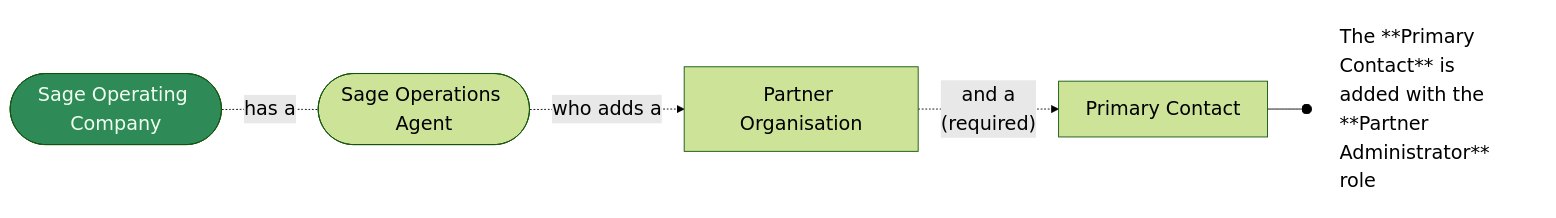
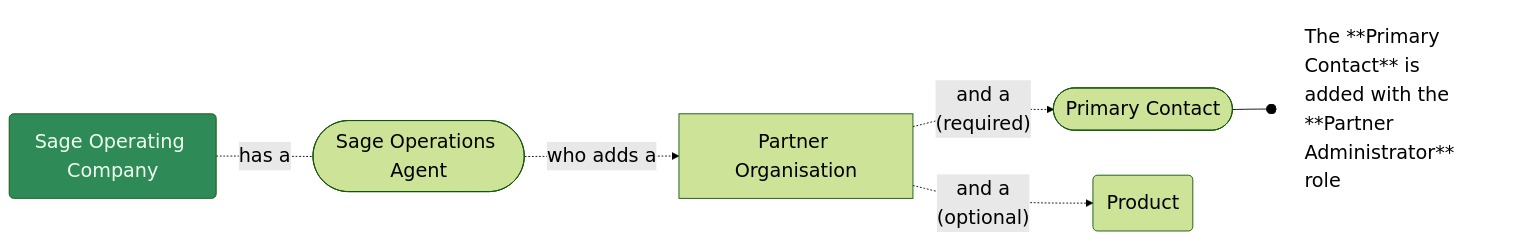
Before and after one commit to joe-dorward/samples: the diagram in 2025_Sage/01_Scenario - Partner organisation.mdx, drawn with Mermaid.

Commit message:
Update 01_Scenario - Partner organisation.mdx

````diff
--- a/2025_Sage/01_Scenario - Partner organisation.mdx
+++ b/2025_Sage/01_Scenario - Partner organisation.mdx
@@ -2,23 +2,26 @@
 ```mermaid
 %%{
   init: {
     'theme': 'forest',
     'themeVariables': {
       'fontSize':'16pt'
     }
   }
 }%%
 flowchart LR
  %%classDef Note fill:pink, stroke:white, text-align:left, font-size:12pt, width:400px, margin:0px, padding:10px;
  classDef Sage fill:seagreen, color:honeydew;
  classDef Note fill:white, stroke:white, text-align:left;
 
-  SAGE_OPERATING_COMPANY_01([Sage Operating Company])-.has a.-
+  SAGE_OPERATING_COMPANY_01(Sage Operating Company)-.has a.-
   SAGE_OPERATIONS_AGENT_01([Sage Operations Agent])-.who adds a.->
   PARTNER_ORGANISATION_01[Partner Organisation]-.and a<br/>(required).->
-  PRIMARY_CONTACT_01[Primary Contact]--o
+  PRIMARY_CONTACT_01([Primary Contact])--o
   PRIMARY_CONTACT_01_NOTE[The **Primary Contact** is added with the **Partner Administrator** role]
+
+  PARTNER_ORGANISATION_01-.and a<br/>(optional).->
+  PRODUCT_01(Product)
 
   class SAGE_OPERATING_COMPANY_01 Sage
   class PRIMARY_CONTACT_01_NOTE Note
 ```
````
